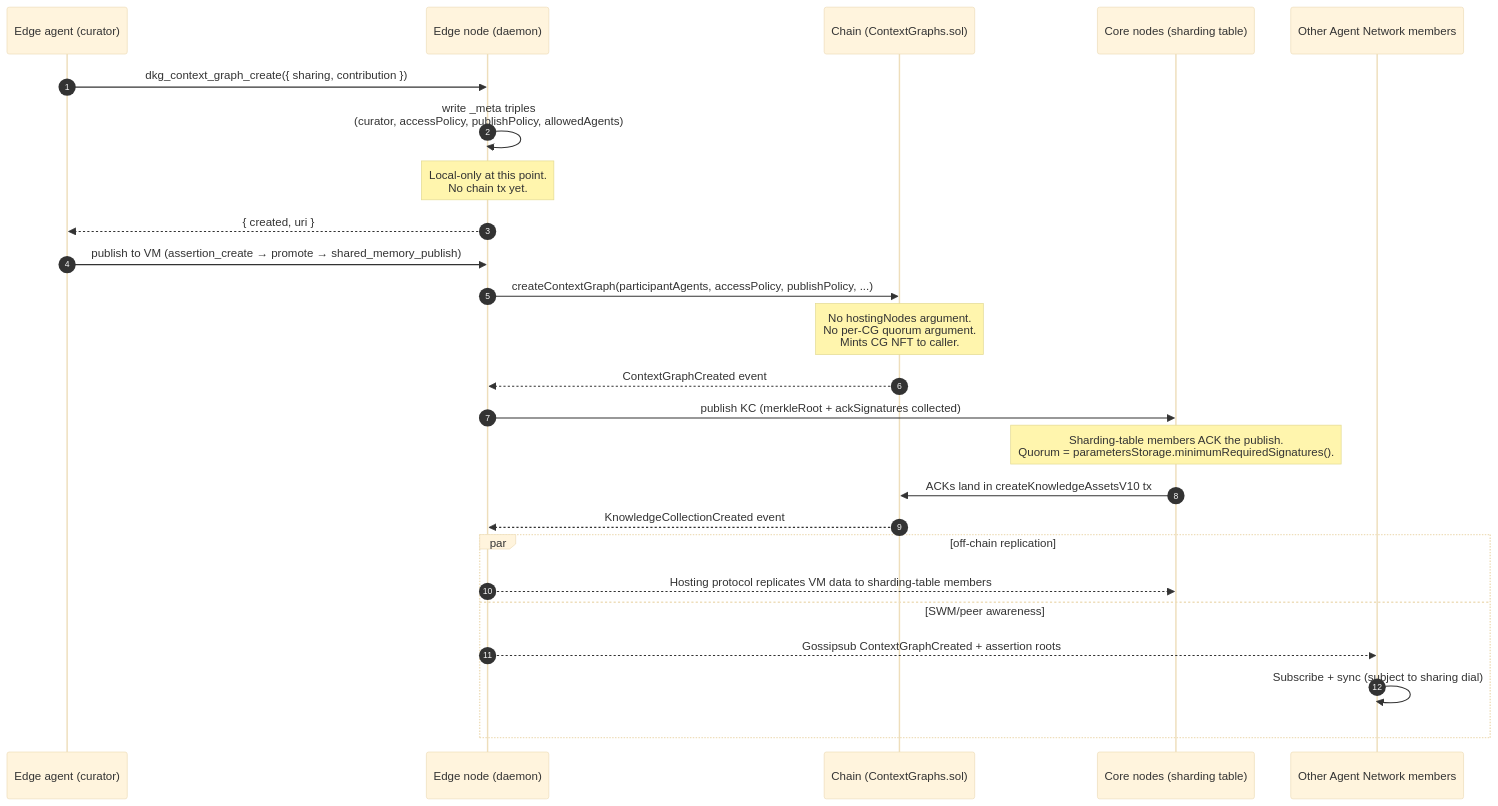
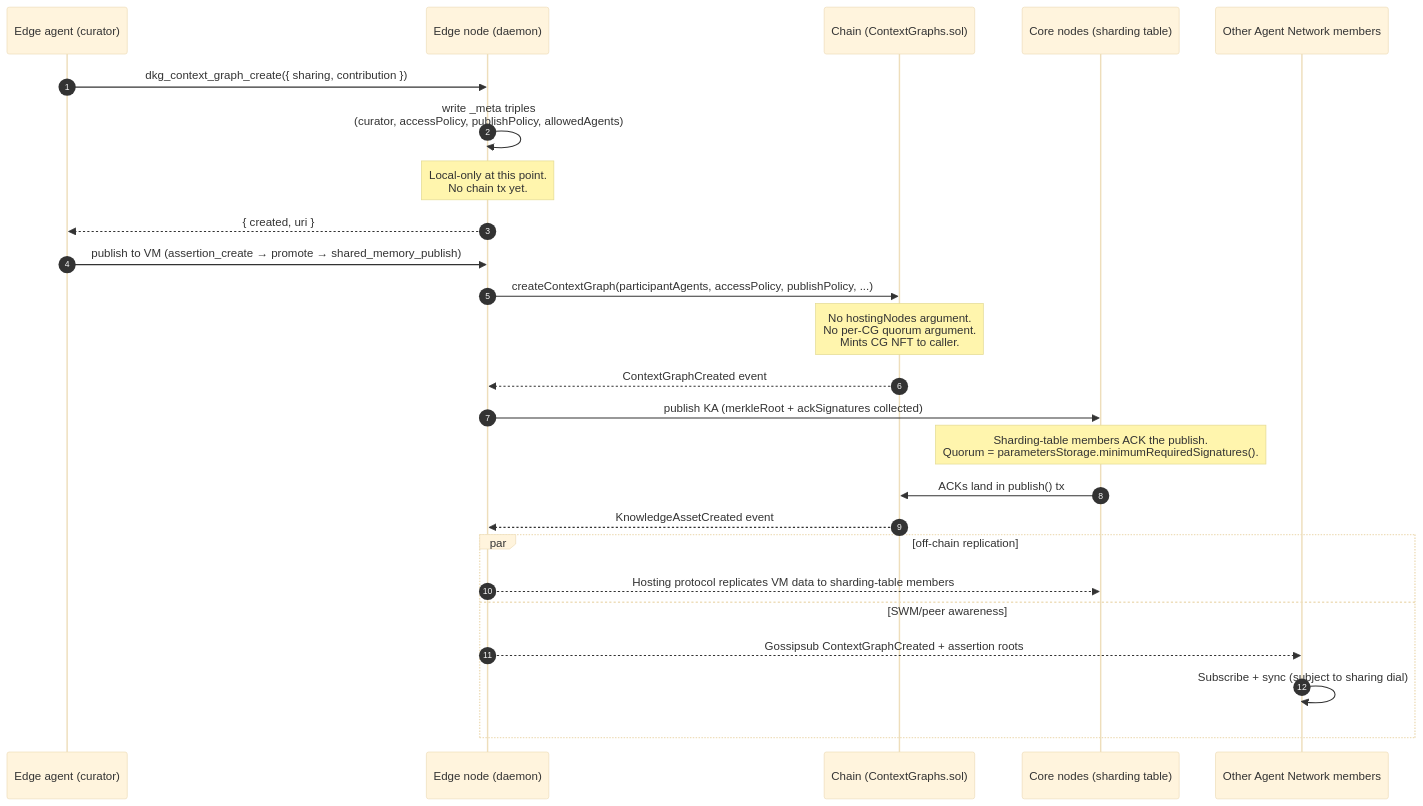
Before and after one commit to KilianTrunk/dkg: the diagram in docs/specs/SPEC_CG_MEMORY_MODEL.md, drawn with Mermaid (base theme). The commit also changed 65 other files, not shown here.

````diff
--- a/docs/specs/SPEC_CG_MEMORY_MODEL.md
+++ b/docs/specs/SPEC_CG_MEMORY_MODEL.md
@@ -175,31 +175,31 @@
 ```mermaid
 sequenceDiagram
     autonumber
     participant U as Edge agent (curator)
     participant E as Edge node (daemon)
     participant CH as Chain (ContextGraphs.sol)
     participant CN as Core nodes (sharding table)
     participant M as Other Agent Network members
 
     U->>E: dkg_context_graph_create({ sharing, contribution })
     E->>E: write _meta triples<br/>(curator, accessPolicy, publishPolicy, allowedAgents)
     Note over E: Local-only at this point.<br/>No chain tx yet.
     E-->>U: { created, uri }
 
     U->>E: publish to VM (assertion_create → promote → shared_memory_publish)
     E->>CH: createContextGraph(participantAgents, accessPolicy, publishPolicy, ...)
     Note over CH: No hostingNodes argument.<br/>No per-CG quorum argument.<br/>Mints CG NFT to caller.
     CH-->>E: ContextGraphCreated event
 
-    E->>CN: publish KC (merkleRoot + ackSignatures collected)
+    E->>CN: publish KA (merkleRoot + ackSignatures collected)
     Note over CN: Sharding-table members ACK the publish.<br/>Quorum = parametersStorage.minimumRequiredSignatures().
-    CN->>CH: ACKs land in createKnowledgeAssetsV10 tx
-    CH-->>E: KnowledgeCollectionCreated event
+    CN->>CH: ACKs land in publish() tx
+    CH-->>E: KnowledgeAssetCreated event
 
     par off-chain replication
         E-->>CN: Hosting protocol replicates VM data to sharding-table members
     and SWM/peer awareness
         E-->>M: Gossipsub ContextGraphCreated + assertion roots
         M->>M: Subscribe + sync (subject to sharing dial)
     end
 ```
````
